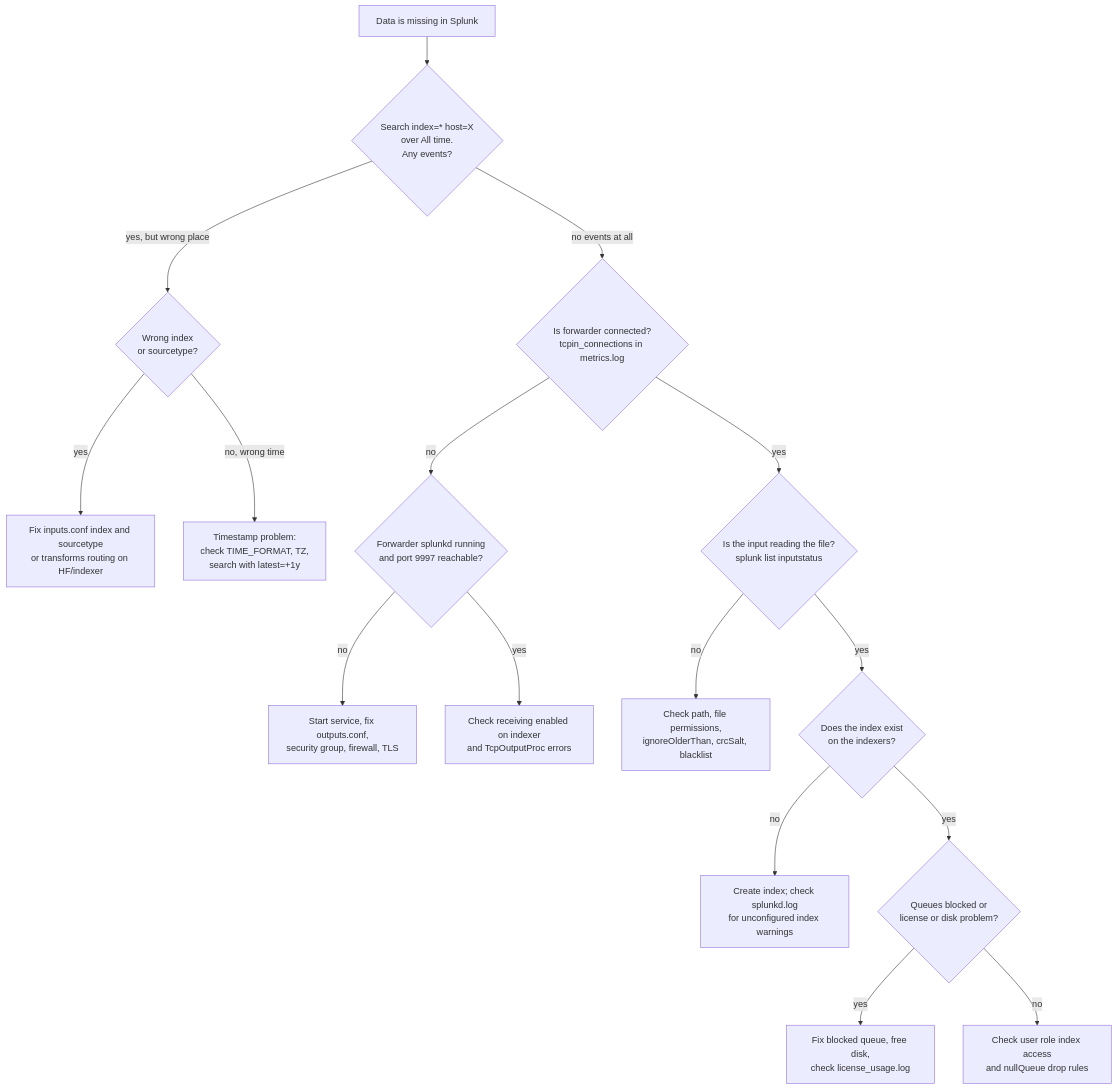
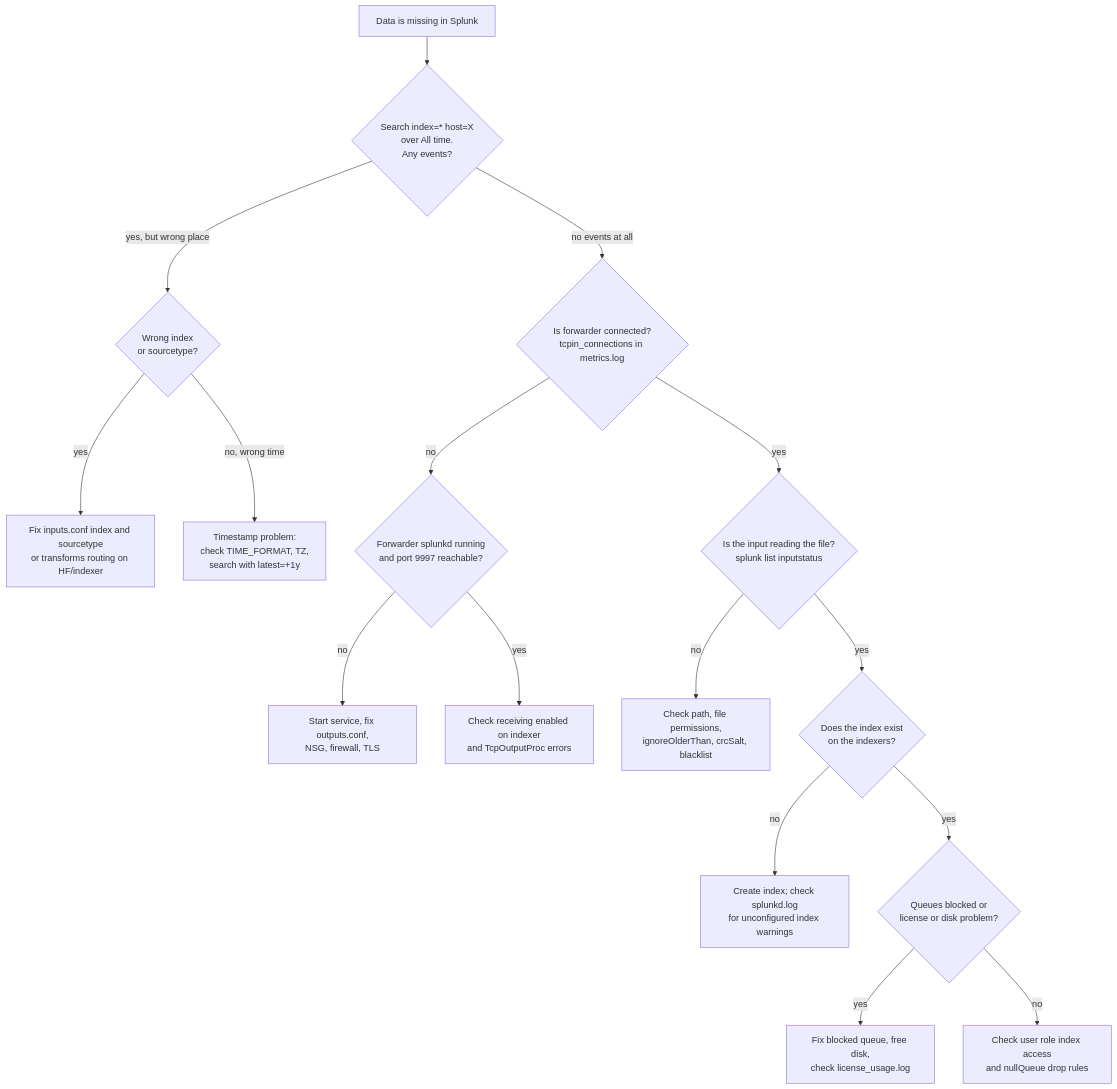
One commit to SivaKumarMahan/interview-questions changed the diagram in splunk/04-troubleshooting.md. Above: the diagram before and after it, drawn with Mermaid. The commit also changed other lines of this file and 12 other files, not shown here.

````diff
--- a/splunk/04-troubleshooting.md
+++ b/splunk/04-troubleshooting.md
@@ -11,18 +11,18 @@
 ```mermaid
 flowchart TD
     A["Data is missing in Splunk"] --> B{"Search index=* host=X<br/>over All time.<br/>Any events?"}
     B -->|"yes, but wrong place"| C{"Wrong index<br/>or sourcetype?"}
     C -->|"yes"| C1["Fix inputs.conf index and sourcetype<br/>or transforms routing on HF/indexer"]
     C -->|"no, wrong time"| C2["Timestamp problem:<br/>check TIME_FORMAT, TZ,<br/>search with latest=+1y"]
     B -->|"no events at all"| D{"Is forwarder connected?<br/>tcpin_connections in metrics.log"}
     D -->|"no"| D1{"Forwarder splunkd running<br/>and port 9997 reachable?"}
-    D1 -->|"no"| D2["Start service, fix outputs.conf,<br/>security group, firewall, TLS"]
+    D1 -->|"no"| D2["Start service, fix outputs.conf,<br/>NSG, firewall, TLS"]
     D1 -->|"yes"| D3["Check receiving enabled on indexer<br/>and TcpOutputProc errors"]
     D -->|"yes"| E{"Is the input reading the file?<br/>splunk list inputstatus"}
     E -->|"no"| E1["Check path, file permissions,<br/>ignoreOlderThan, crcSalt, blacklist"]
     E -->|"yes"| F{"Does the index exist<br/>on the indexers?"}
     F -->|"no"| F1["Create index; check splunkd.log<br/>for unconfigured index warnings"]
     F -->|"yes"| G{"Queues blocked or<br/>license or disk problem?"}
     G -->|"yes"| G1["Fix blocked queue, free disk,<br/>check license_usage.log"]
     G -->|"no"| H["Check user role index access<br/>and nullQueue drop rules"]
 ```
````
